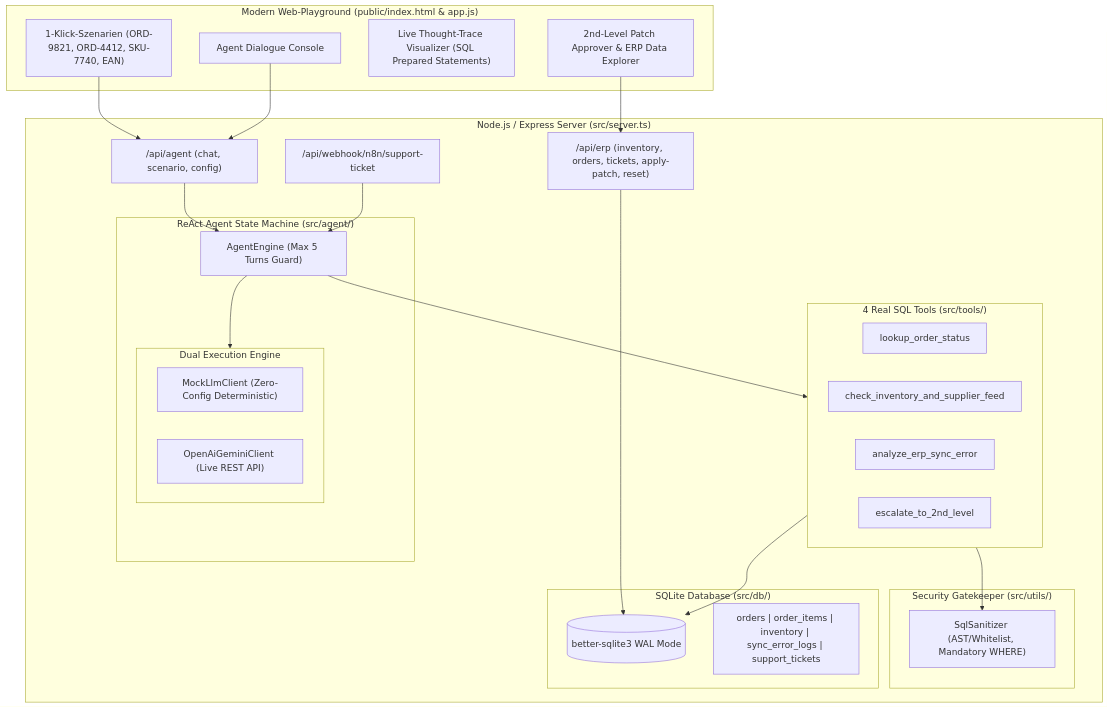
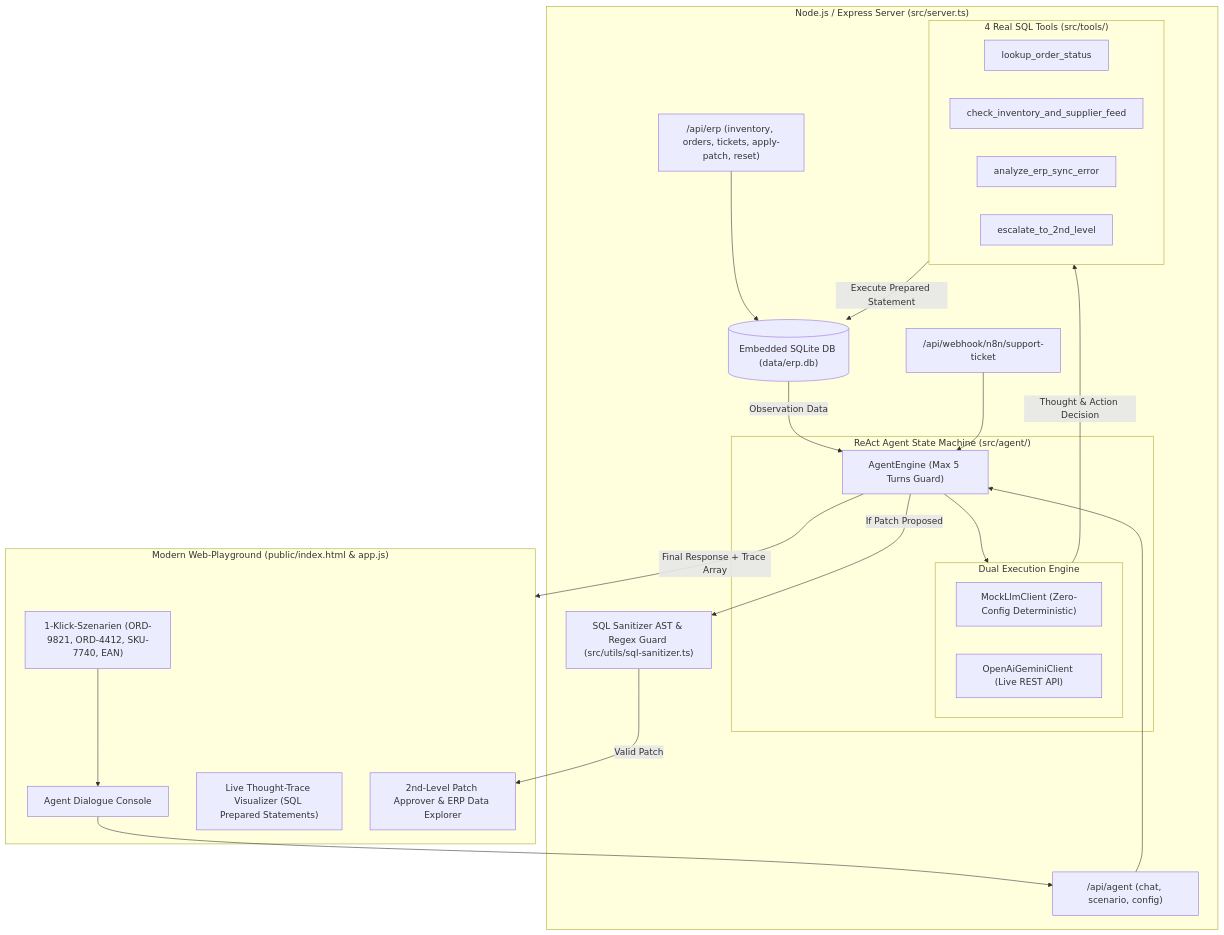
Before and after one commit to Tom7668h/autonomous-erp-agent: the diagram in README.md, drawn with Mermaid. The commit also changed other lines of this file, not shown here.

````diff
--- a/README.md
+++ b/README.md
@@ -38,50 +44,46 @@
 ```mermaid
 flowchart TD
     subgraph UI ["Modern Web-Playground (public/index.html & app.js)"]
         Preset["1-Klick-Szenarien (ORD-9821, ORD-4412, SKU-7740, EAN)"]
         Chat["Agent Dialogue Console"]
         Trace["Live Thought-Trace Visualizer (SQL Prepared Statements)"]
         PatchHub["2nd-Level Patch Approver & ERP Data Explorer"]
     end
 
     subgraph Backend ["Node.js / Express Server (src/server.ts)"]
         AgentRoutes["/api/agent (chat, scenario, config)"]
         ERPRoutes["/api/erp (inventory, orders, tickets, apply-patch, reset)"]
         WebhookRoutes["/api/webhook/n8n/support-ticket"]
         
         subgraph Engine ["ReAct Agent State Machine (src/agent/)"]
             Loop["AgentEngine (Max 5 Turns Guard)"]
             subgraph DualLLM ["Dual Execution Engine"]
                 Mock["MockLlmClient (Zero-Config Deterministic)"]
                 Live["OpenAiGeminiClient (Live REST API)"]
             end
         end
 
         subgraph Tools ["4 Real SQL Tools (src/tools/)"]
             T1["lookup_order_status"]
             T2["check_inventory_and_supplier_feed"]
             T3["analyze_erp_sync_error"]
             T4["escalate_to_2nd_level"]
         end
 
-        subgraph Security ["Security Gatekeeper (src/utils/)"]
-            Sanitizer["SqlSanitizer (AST/Whitelist, Mandatory WHERE)"]
-        end
-
-        subgraph Storage ["SQLite Database (src/db/)"]
-            DB[(better-sqlite3 WAL Mode)]
-            Tables["orders | order_items | inventory | sync_error_logs | support_tickets"]
-        end
+        Sanitizer["SQL Sanitizer AST & Regex Guard (src/utils/sql-sanitizer.ts)"]
+        DB[("Embedded SQLite DB (data/erp.db)")]
     end
 
-    Preset --> AgentRoutes
+    Preset --> Chat
     Chat --> AgentRoutes
     AgentRoutes --> Loop
+    Loop --> DualLLM
+    DualLLM -->|Thought & Action Decision| Tools
+    Tools -->|Execute Prepared Statement| DB
+    DB -->|Observation Data| Loop
+    Loop -->|If Patch Proposed| Sanitizer
+    Sanitizer -->|Valid Patch| PatchHub
+    Loop -->|Final Response + Trace Array| UI
+    ERPRoutes --> DB
     WebhookRoutes --> Loop
-    Loop --> DualLLM
-    Loop --> Tools
-    Tools --> Sanitizer
-    Tools --> DB
-    PatchHub --> ERPRoutes
-    ERPRoutes --> DB
 ```
````
